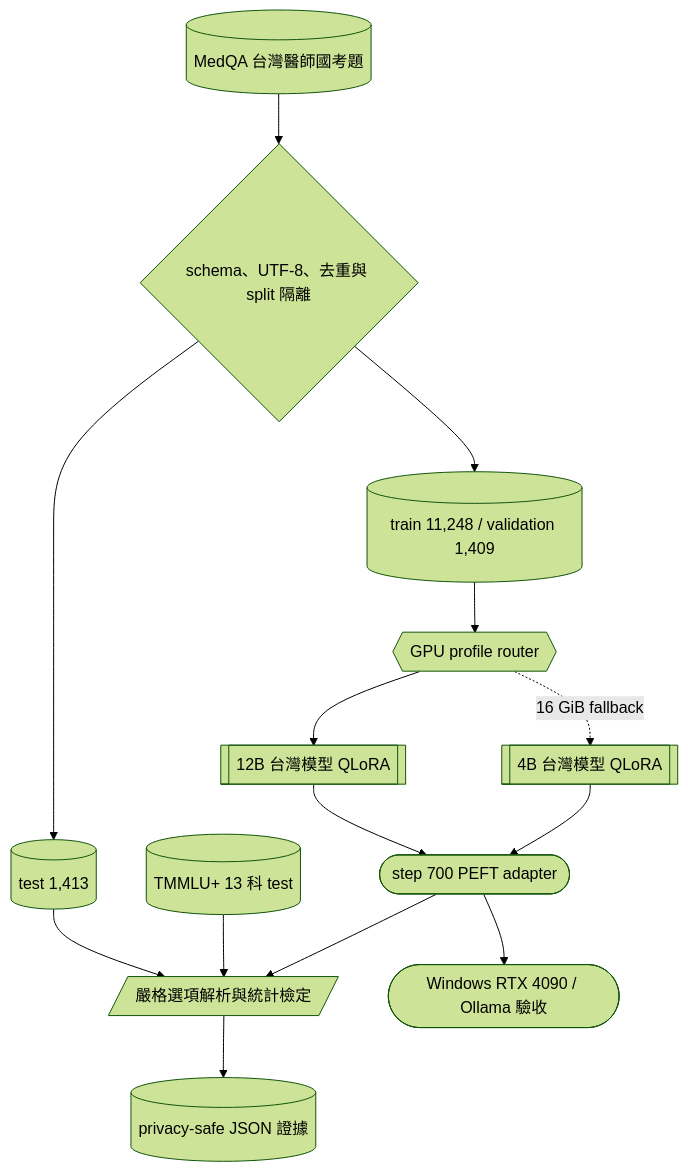
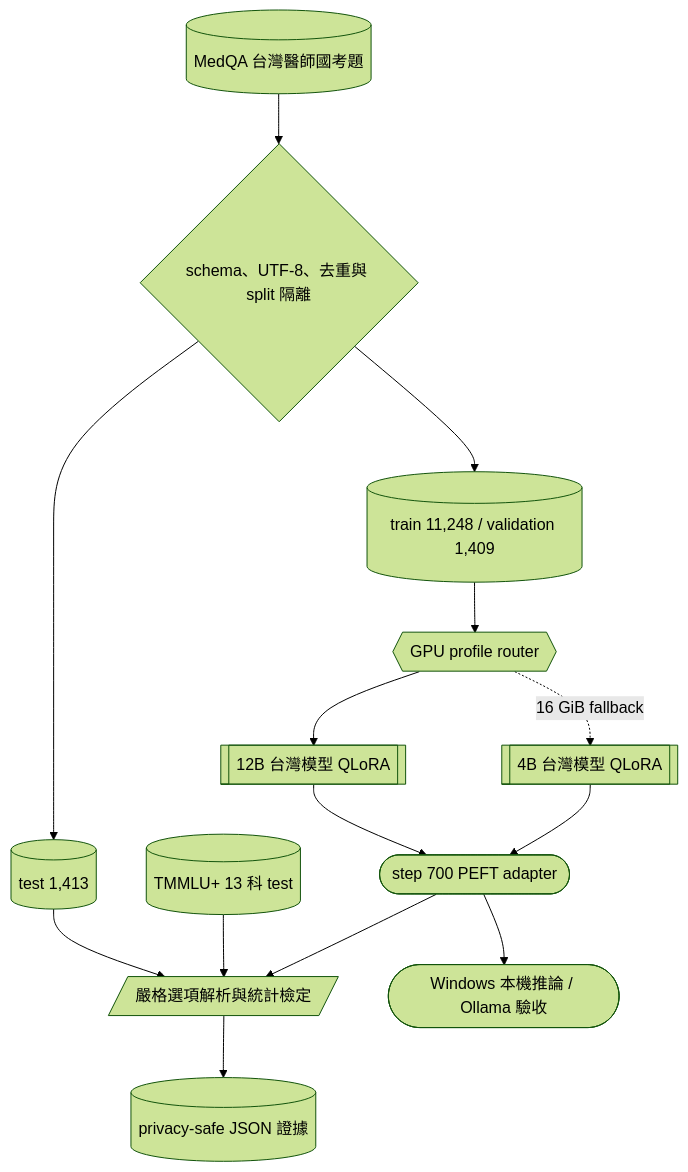
Before and after one commit to kuotunyu/tw-med-llm-qlora: the diagram in README.md, drawn with Mermaid (forest theme). The commit also changed other lines of this file and 1 other file, not shown here.

````diff
--- a/README.md
+++ b/README.md
@@ -38,16 +34,16 @@
 ```mermaid
 flowchart TD
     A[("MedQA 台灣醫師國考題")] --> B{"schema、UTF-8、去重與 split 隔離"}
     B --> C[("train 11,248 / validation 1,409")]
     B --> D[("test 1,413")]
     C --> E{{"GPU profile router"}}
     E --> F[["12B 台灣模型 QLoRA"]]
     E -. "16 GiB fallback" .-> G[["4B 台灣模型 QLoRA"]]
     F --> H(["step 700 PEFT adapter"])
     G --> H
     D --> I[/"嚴格選項解析與統計檢定"/]
     J[("TMMLU+ 13 科 test")] --> I
     H --> I
     I --> K[("privacy-safe JSON 證據")]
-    H --> L(["Windows RTX 4090 / Ollama 驗收"])
+    H --> L(["Windows 本機推論 / Ollama 驗收"])
 ```
````
